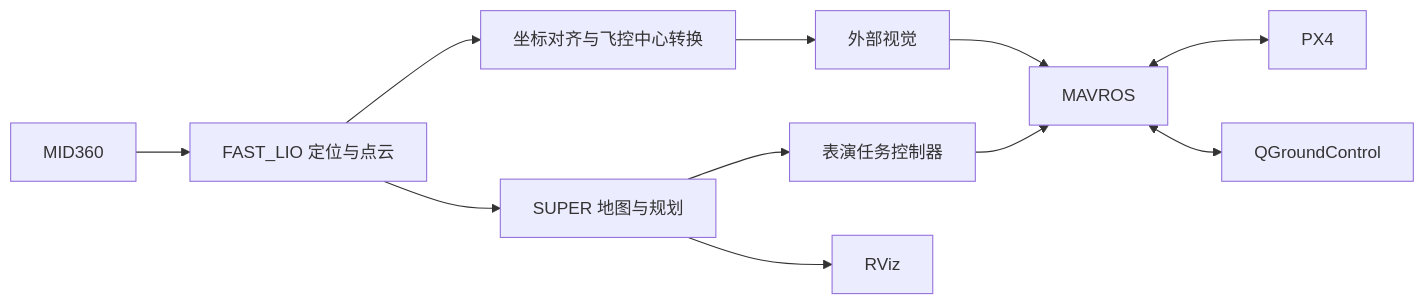
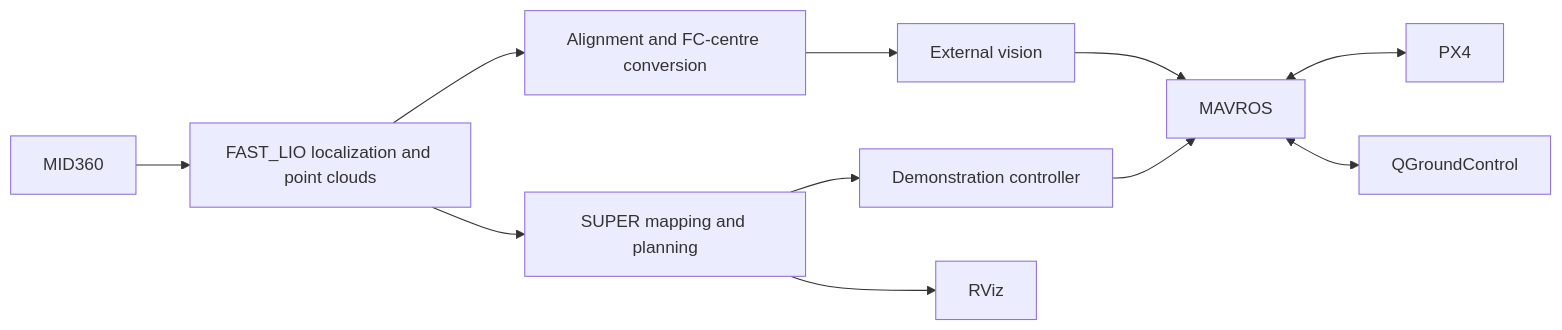
One commit to Haofei-Hu/Demo_HKU_open-day_SUPER changed the diagram in README.md. Above: the diagram before and after it, drawn with Mermaid. The commit also changed other lines of this file and 9 other files, not shown here.

````diff
--- a/README.md
+++ b/README.md
@@ -49,13 +49,13 @@
 ```mermaid
 flowchart LR
-    L[MID360] --> O[FAST_LIO 定位与点云]
-    O --> A[坐标对齐与飞控中心转换]
-    A --> V[外部视觉]
+    L[MID360] --> O[FAST_LIO localization and point clouds]
+    O --> A[Alignment and FC-centre conversion]
+    A --> V[External vision]
     V --> M[MAVROS]
     M <--> F[PX4]
     M <--> Q[QGroundControl]
-    O --> S[SUPER 地图与规划]
-    S --> C[表演任务控制器]
+    O --> S[SUPER mapping and planning]
+    S --> C[Demonstration controller]
     C --> M
     S --> R[RViz]
 ```
````
